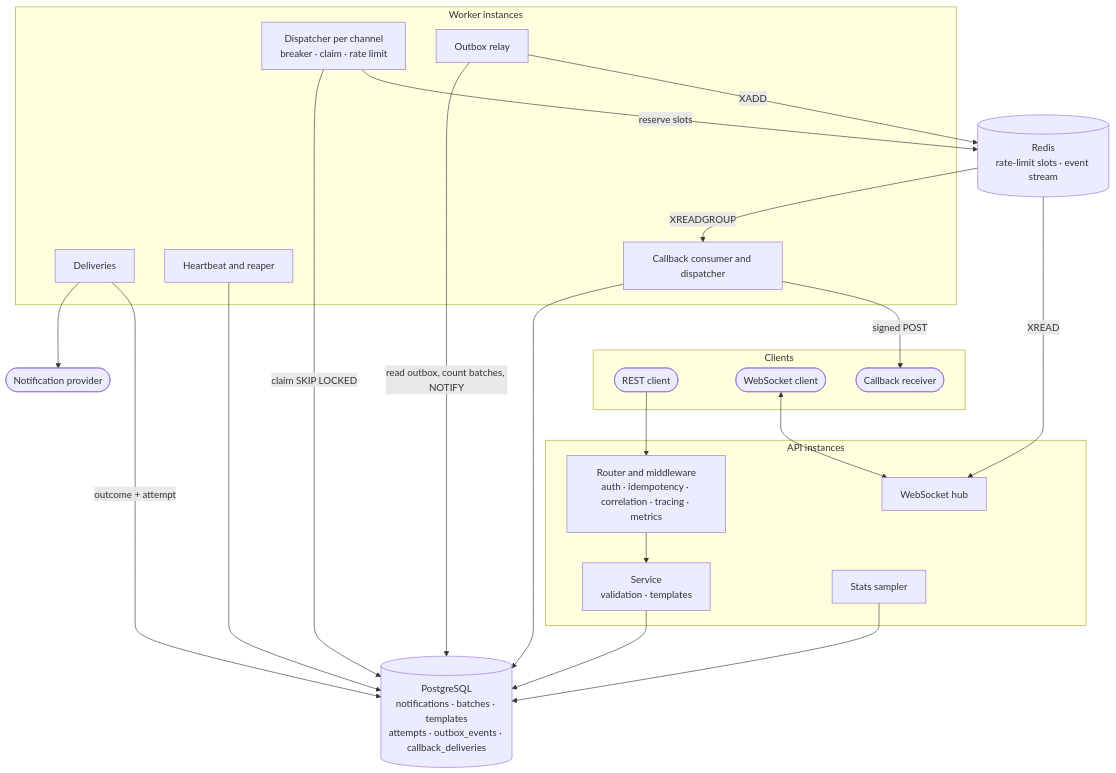
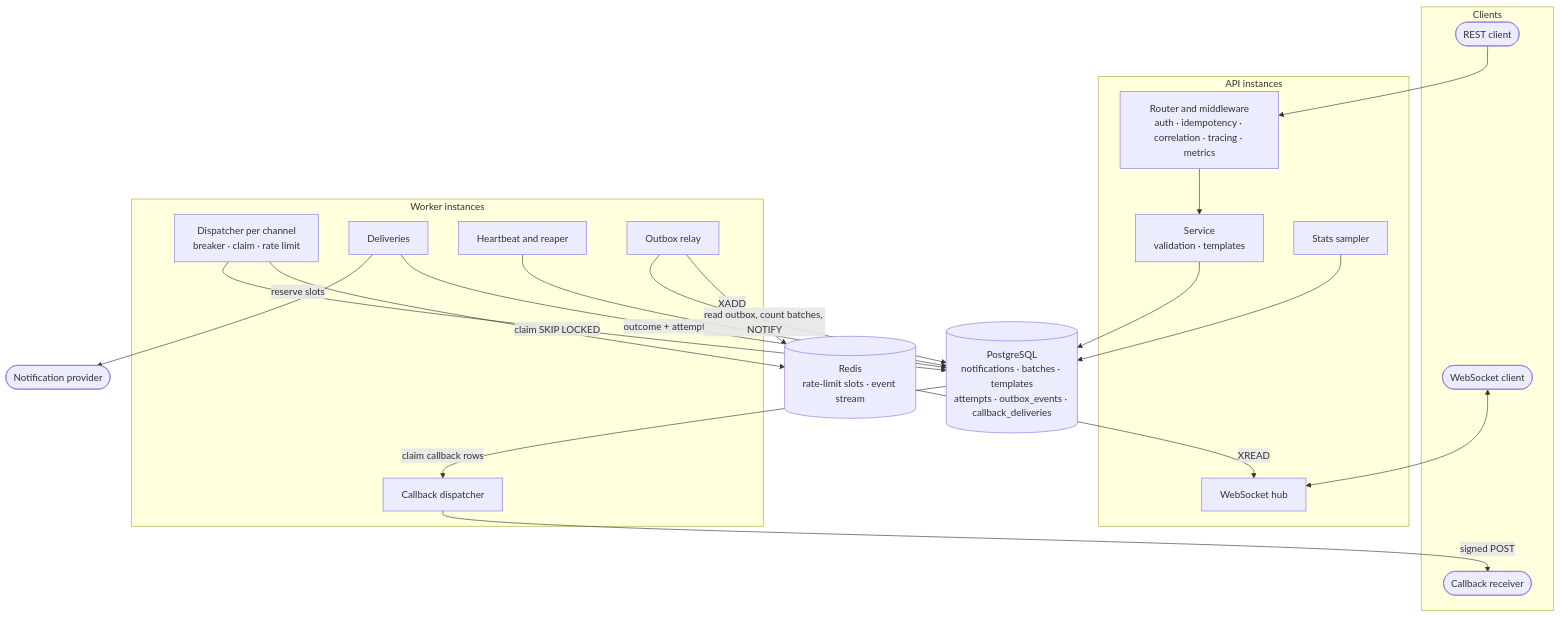
One commit to tariktek/eventDrivenNotificationSystem changed the first of 2 diagrams in docs/architecture.md. Above: the diagram before and after it, drawn with Mermaid. The commit also changed other lines of this file and 17 other files, not shown here.

````diff
--- a/docs/architecture.md
+++ b/docs/architecture.md
@@ -5,42 +5,41 @@
 ```mermaid
 flowchart TB
     subgraph clients[Clients]
         rest([REST client])
         ws([WebSocket client])
         hook([Callback receiver])
     end
 
     subgraph api[API instances]
         router[Router and middleware<br/>auth · idempotency · correlation · tracing · metrics]
         svc[Service<br/>validation · templates]
         hub[WebSocket hub]
         sampler[Stats sampler]
     end
 
     subgraph worker[Worker instances]
         disp[Dispatcher per channel<br/>breaker · claim · rate limit]
         deliver[Deliveries]
         reaper[Heartbeat and reaper]
         relay[Outbox relay]
-        cbc[Callback consumer and dispatcher]
+        cbc[Callback dispatcher]
     end
 
     pg[(PostgreSQL<br/>notifications · batches · templates<br/>attempts · outbox_events · callback_deliveries)]
     redis[(Redis<br/>rate-limit slots · event stream)]
     provider([Notification provider])
 
     rest --> router --> svc --> pg
     ws <--> hub
     sampler --> pg
     disp -->|claim SKIP LOCKED| pg
     disp -->|reserve slots| redis
     deliver --> provider
     deliver -->|outcome + attempt| pg
     reaper --> pg
     relay -->|read outbox, count batches, NOTIFY| pg
     relay -->|XADD| redis
     redis -->|XREAD| hub
-    redis -->|XREADGROUP| cbc
-    cbc --> pg
+    pg -->|claim callback rows| cbc
     cbc -->|signed POST| hook
 ```
````
